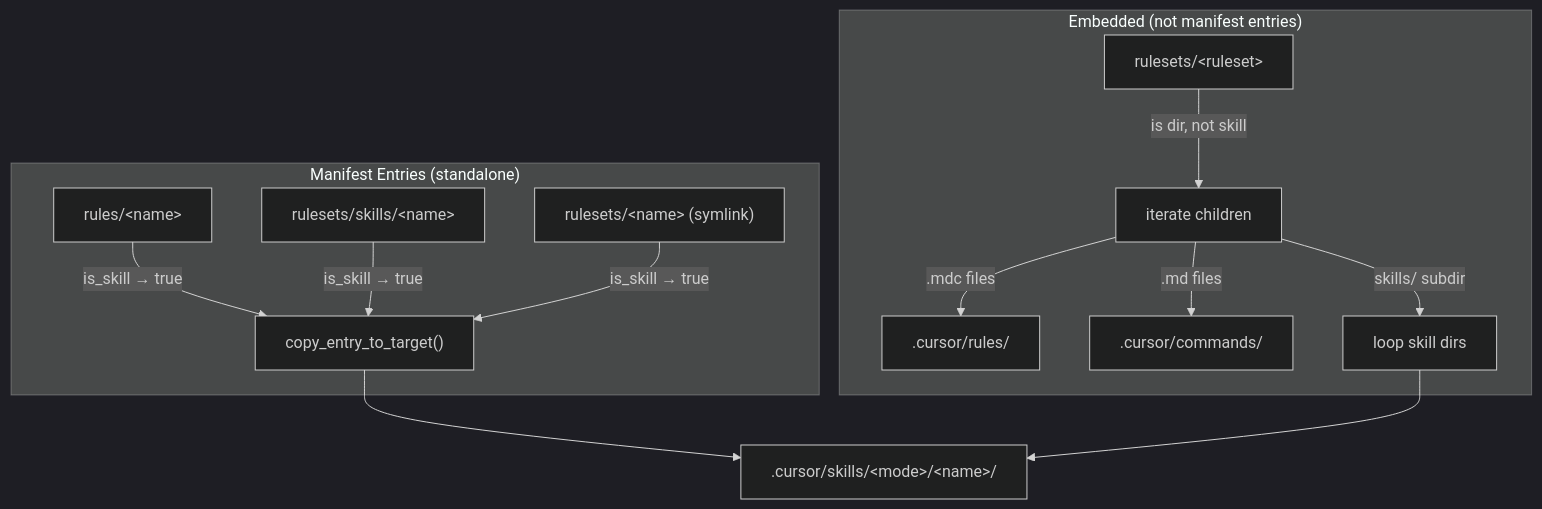
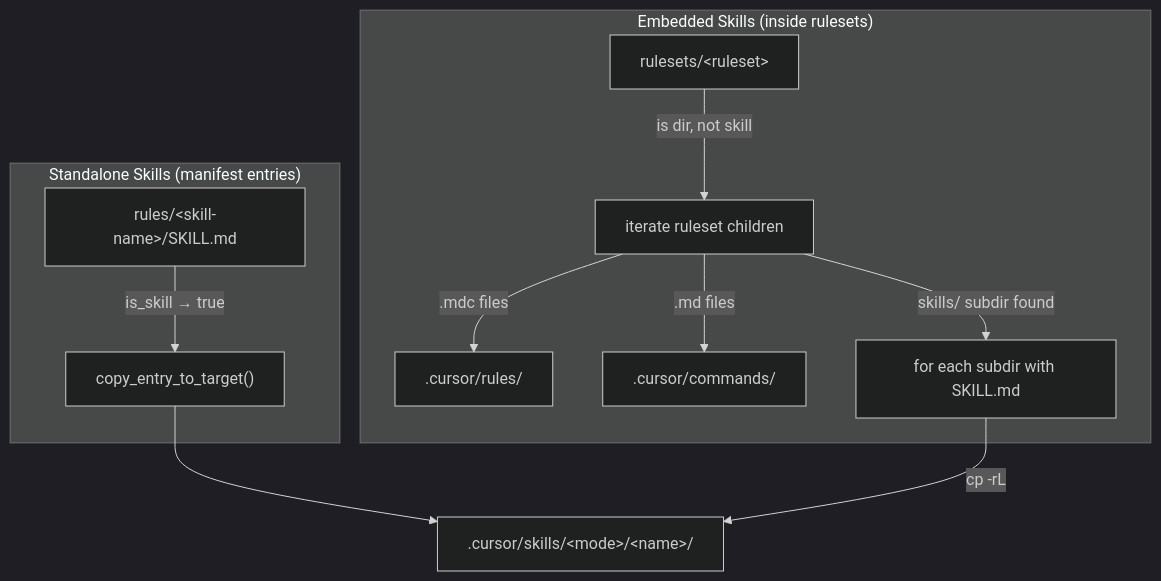
Before and after one commit to Texarkanine/ai-rizz: the diagram in memory-bank/tasks.md, drawn with Mermaid (dark theme). The commit also changed other lines of this file and 5 other files, not shown here.

````diff
--- a/memory-bank/tasks.md
+++ b/memory-bank/tasks.md
@@ -15,18 +13,16 @@
 ```mermaid
 graph TD
-    subgraph "Manifest Entries (standalone)"
-        R["rules/&lt;name&gt;"] -->|"is_skill → true"| CETT["copy_entry_to_target()"]
-        RS["rulesets/skills/&lt;name&gt;"] -->|"is_skill → true"| CETT
-        SYM["rulesets/&lt;name&gt; (symlink)"] -->|"is_skill → true"| CETT
+    subgraph "Standalone Skills (manifest entries)"
+        R["rules/&lt;skill-name&gt;/SKILL.md"] -->|"is_skill → true"| CETT["copy_entry_to_target()"]
     end
 
-    subgraph "Embedded (not manifest entries)"
-        RSET["rulesets/&lt;ruleset&gt;"] -->|"is dir, not skill"| ITER["iterate children"]
+    subgraph "Embedded Skills (inside rulesets)"
+        RSET["rulesets/&lt;ruleset&gt;"] -->|"is dir, not skill"| ITER["iterate ruleset children"]
         ITER -->|".mdc files"| RULES_DIR[".cursor/rules/"]
         ITER -->|".md files"| CMDS_DIR[".cursor/commands/"]
-        ITER -->|"skills/ subdir"| SKILLS_LOOP["loop skill dirs"]
+        ITER -->|"skills/ subdir found"| SKILLS_LOOP["for each subdir with SKILL.md"]
     end
 
     CETT --> TARGET[".cursor/skills/&lt;mode&gt;/&lt;name&gt;/"]
-    SKILLS_LOOP --> TARGET
+    SKILLS_LOOP -->|"cp -rL"| TARGET
 ```
````
